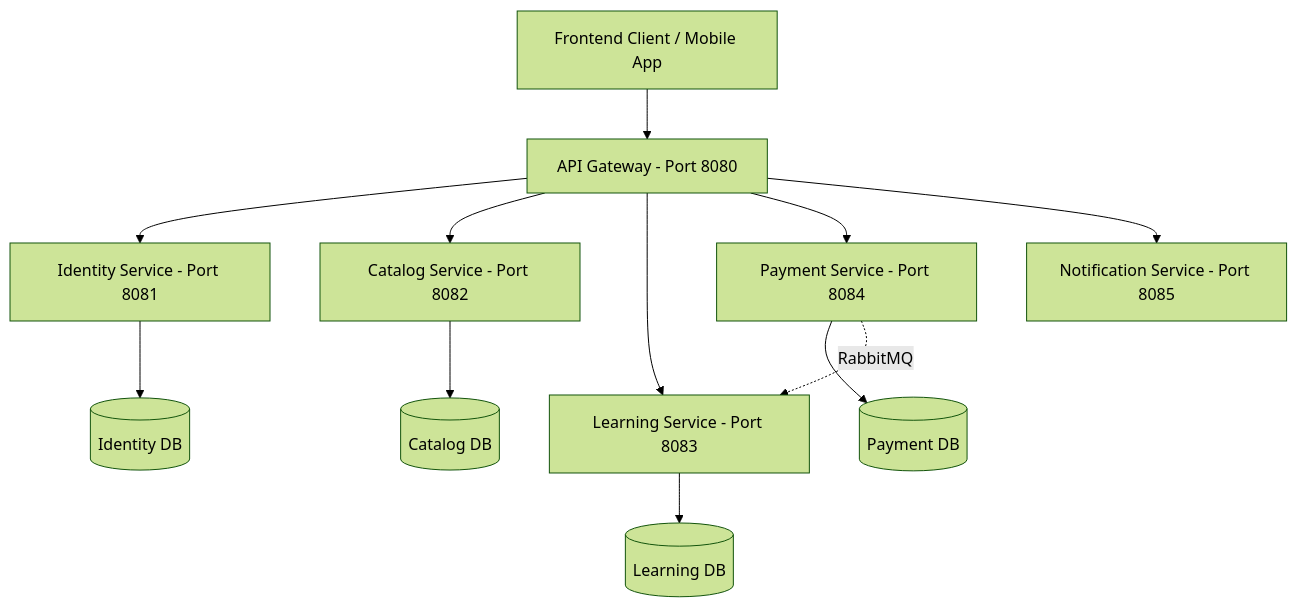
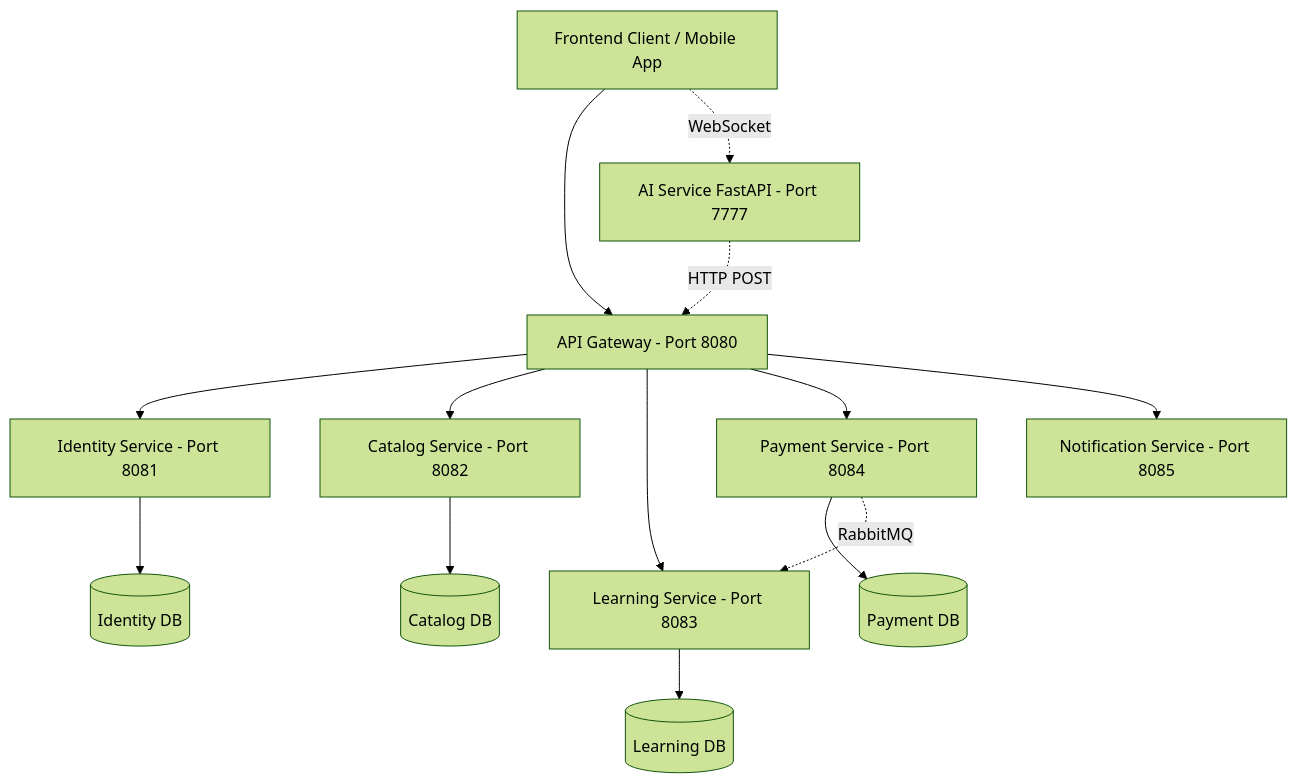
Before and after one commit to WangJung14/St3pLearn: the diagram in README.md, drawn with Mermaid (forest theme). The commit also changed other lines of this file, not shown here.

Commit message:
docs: Update backend architecture README with ai-service details

````diff
--- a/README.md
+++ b/README.md
@@ -15,17 +15,19 @@
 ```mermaid
 graph TD
     Client[Frontend Client / Mobile App] --> Gateway[API Gateway - Port 8080]
 
     Gateway --> IdentityService[Identity Service - Port 8081]
     Gateway --> CatalogService[Catalog Service - Port 8082]
     Gateway --> LearningService[Learning Service - Port 8083]
     Gateway --> PaymentService[Payment Service - Port 8084]
     Gateway --> NotificationService[Notification Service - Port 8085]
+    Client -. WebSocket .-> AiService[AI Service FastAPI - Port 7777]
 
     IdentityService --> DB1[(Identity DB)]
     CatalogService --> DB2[(Catalog DB)]
     LearningService --> DB3[(Learning DB)]
     PaymentService --> DB4[(Payment DB)]
+    AiService -. HTTP POST .-> Gateway
     
     PaymentService -. RabbitMQ .-> LearningService
 ```
````
